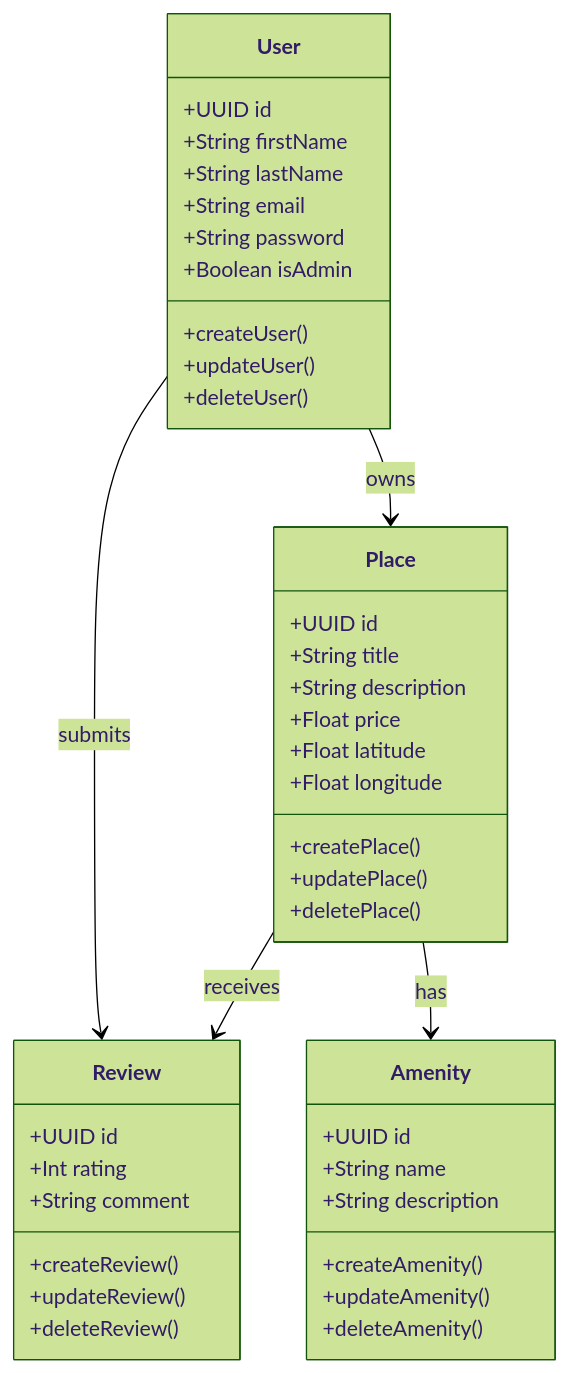
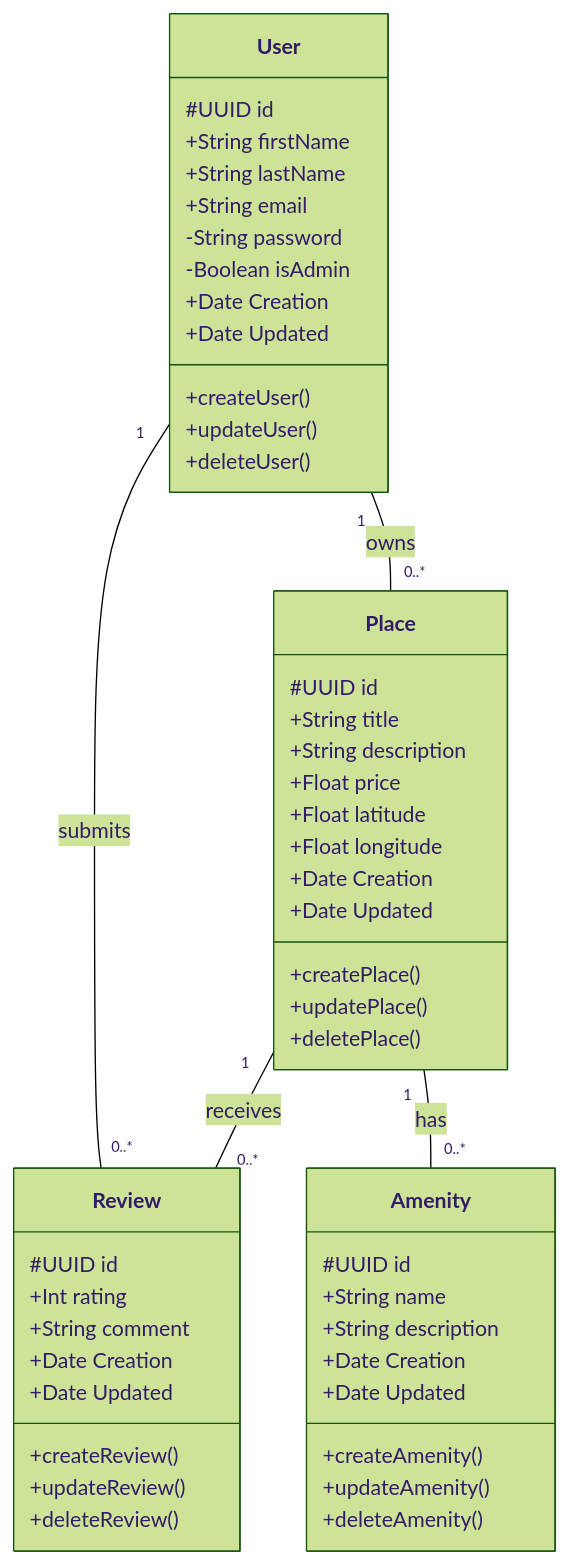
The second of 7 diagrams in Documentation Compilation.md (MaKSiiMe/holbertonschool-hbnb), drawn with Mermaid (forest theme) before and after one commit. The commit also changed other lines of this file, not shown here.

Commit message:
Updated Documentationcompilation

````diff
--- a/Documentation Compilation.md
+++ b/Documentation Compilation.md
@@ -86,45 +88,58 @@
 ```mermaid
 classDiagram
-  class User {
-    +UUID id
-    +String firstName
-    +String lastName
-    +String email
-    +String password
-    +Boolean isAdmin
-    +createUser()
-    +updateUser()
-    +deleteUser()
-  }
-  class Place {
-    +UUID id
-    +String title
-    +String description
-    +Float price
-    +Float latitude
-    +Float longitude
-    +createPlace()
-    +updatePlace()
-    +deletePlace()
-  }
-  class Review {
-    +UUID id
-    +Int rating
-    +String comment
-    +createReview()
-    +updateReview()
-    +deleteReview()
-  }
-  class Amenity {
-    +UUID id
-    +String name
-    +String description
-    +createAmenity()
-    +updateAmenity()
-    +deleteAmenity()
-  }
-  User --> Place : owns
-  User --> Review : submits
-  Place --> Review : receives
-  Place --> Amenity : has
+    class User {
+        #UUID id
+        +String firstName
+        +String lastName
+        +String email
+        -String password
+        -Boolean isAdmin
+        +Date Creation
+        +Date Updated
+        +createUser()
+        +updateUser()
+        +deleteUser()
+    }
+
+    class Place {
+        #UUID id
+        +String title
+        +String description
+        +Float price
+        +Float latitude
+        +Float longitude
+        +Date Creation
+        +Date Updated
+        +createPlace()
+        +updatePlace()
+        +deletePlace()
+    }
+
+    class Review {
+        #UUID id
+        +Int rating
+        +String comment
+        +Date Creation
+        +Date Updated
+        +createReview()
+        +updateReview()
+        +deleteReview()
+    }
+
+    class Amenity {
+        #UUID id
+        +String name
+        +String description
+        +Date Creation
+        +Date Updated
+        +createAmenity()
+        +updateAmenity()
+        +deleteAmenity()
+    }
+
+    User "1" -- "0..*" Place : owns
+    User "1" -- "0..*" Review : submits
+    Place "1" -- "0..*" Review : receives
+    Place "1" -- "0..*" Amenity : has
+
 ```
````
